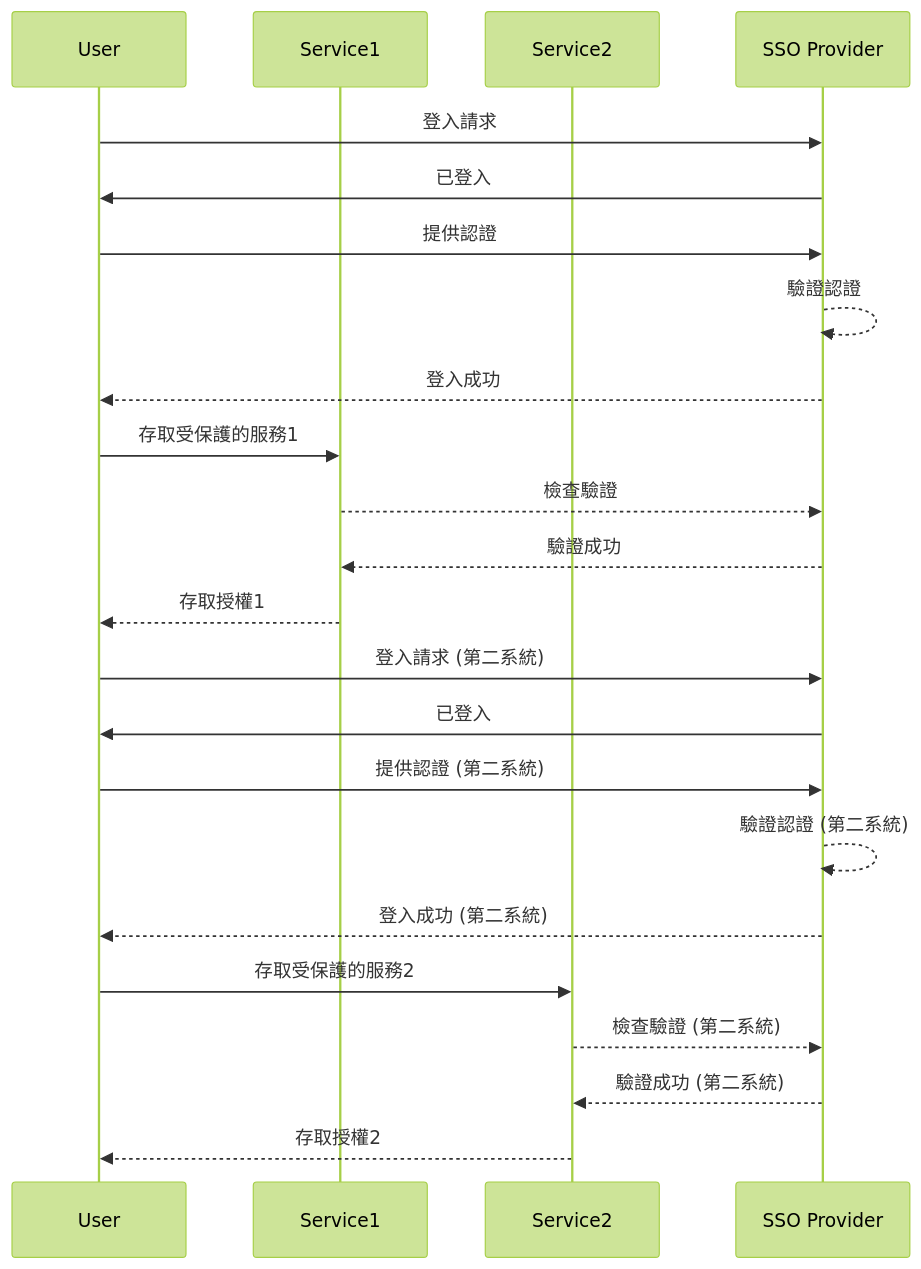
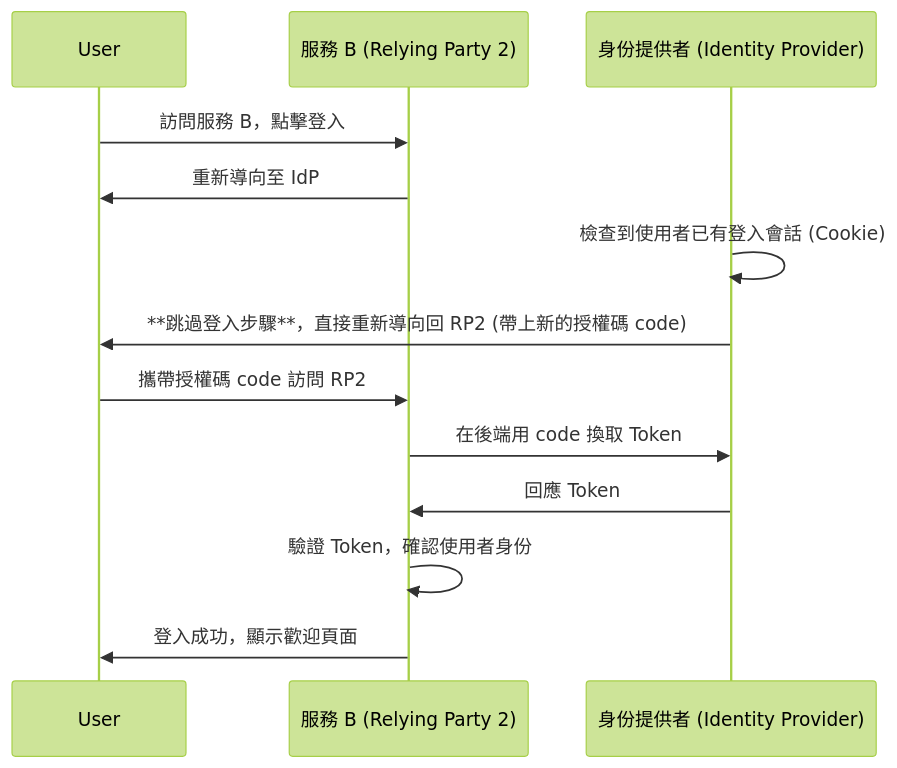
One commit to LonelyYeezhiChicken/chicken-personal changed the third of 4 diagrams in docs/sso/ssoOverView.md. Above: the diagram before and after it, drawn with Mermaid (forest theme). The commit also changed other lines of this file and 3 other files, not shown here.

````diff
--- a/docs/sso/ssoOverView.md
+++ b/docs/sso/ssoOverView.md
@@ -161,27 +125,16 @@
 ```mermaid
 sequenceDiagram
     participant User
-    participant Service1
-    participant Service2
-    participant SSO Provider
+    participant RP2 as 服務 B (Relying Party 2)
+    participant IdP as 身份提供者 (Identity Provider)
 
-    User ->> SSO Provider: 登入請求
-    SSO Provider ->> User: 已登入
-    User ->> SSO Provider: 提供認證
-    SSO Provider -->> SSO Provider: 驗證認證
-    SSO Provider -->> User: 登入成功
-    User ->> Service1: 存取受保護的服務1
-    Service1 -->> SSO Provider: 檢查驗證
-    SSO Provider -->> Service1: 驗證成功
-    Service1 -->> User: 存取授權1
-
-    User ->> SSO Provider: 登入請求 (第二系統)
-    SSO Provider ->> User: 已登入
-    User ->> SSO Provider: 提供認證 (第二系統)
-    SSO Provider -->> SSO Provider: 驗證認證 (第二系統)
-    SSO Provider -->> User: 登入成功 (第二系統)
-    User ->> Service2: 存取受保護的服務2
-    Service2 -->> SSO Provider: 檢查驗證 (第二系統)
-    SSO Provider -->> Service2: 驗證成功 (第二系統)
-    Service2 -->> User: 存取授權2
+    User->>RP2: 訪問服務 B，點擊登入
+    RP2->>User: 重新導向至 IdP
+    IdP->>IdP: 檢查到使用者已有登入會話 (Cookie)
+    IdP->>User: **跳過登入步驟**，直接重新導向回 RP2 (帶上新的授權碼 code)
+    User->>RP2: 攜帶授權碼 code 訪問 RP2
+    RP2->>IdP: 在後端用 code 換取 Token
+    IdP->>RP2: 回應 Token
+    RP2->>RP2: 驗證 Token，確認使用者身份
+    RP2->>User: 登入成功，顯示歡迎頁面
 ```
````
